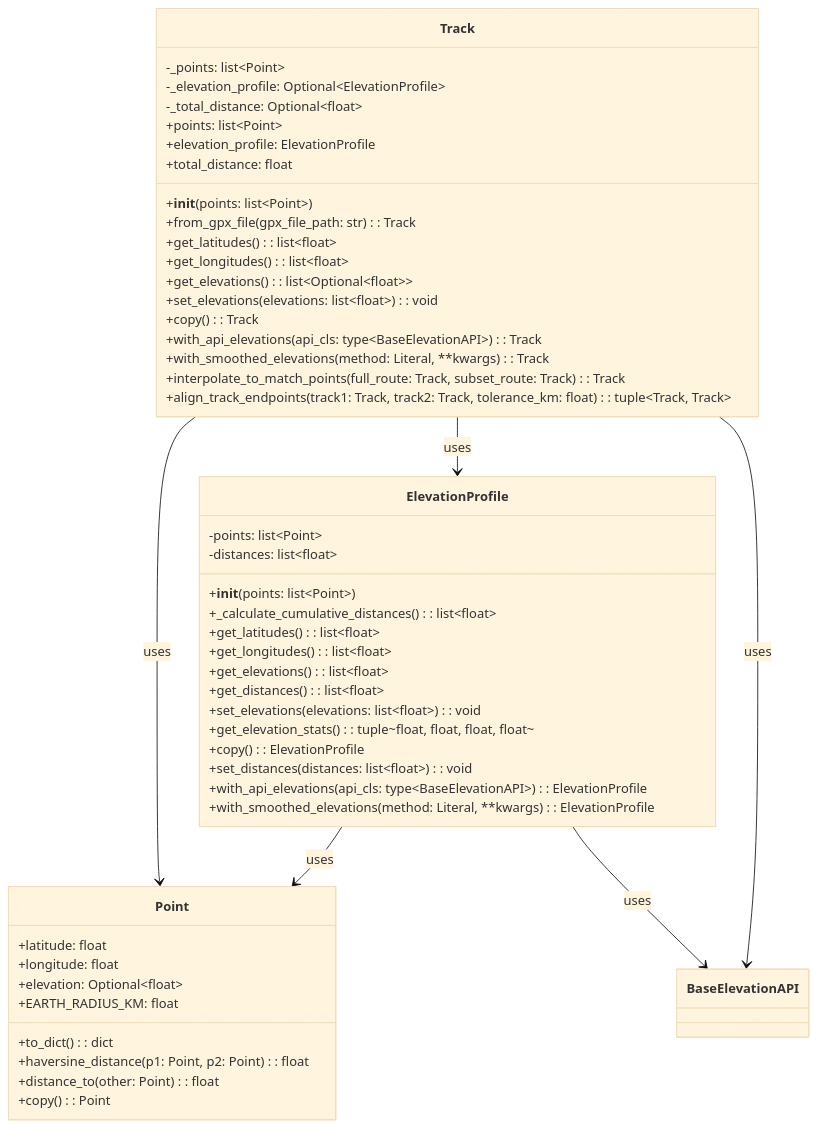
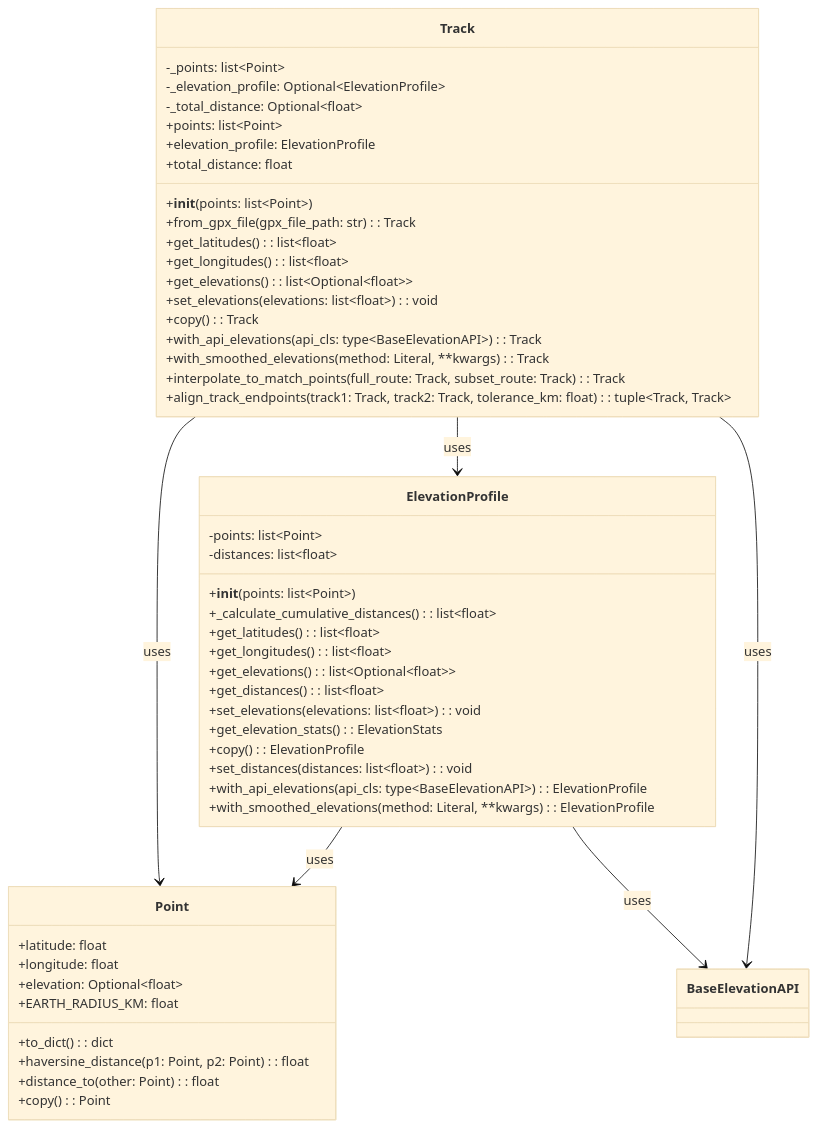
The diagram in docs/models_class_diagram.md (CAIProj/backend), drawn with Mermaid (base theme) before and after one commit. The commit also changed other lines of this file and 2 other files, not shown here.

First line of the commit message:
Minor fixes related to class diagram

````diff
--- a/docs/models_class_diagram.md
+++ b/docs/models_class_diagram.md
@@ -3,56 +3,56 @@
 ```mermaid
 classDiagram
     class Point {
         +latitude: float
         +longitude: float
         +elevation: Optional~float~
         +EARTH_RADIUS_KM: float
         +to_dict(): dict
         +haversine_distance(p1: Point, p2: Point): float
         +distance_to(other: Point): float
         +copy(): Point
     }
 
     class ElevationProfile {
         -points: list~Point~
         -distances: list~float~
         +__init__(points: list~Point~)
         +_calculate_cumulative_distances(): list~float~
         +get_latitudes(): list~float~
         +get_longitudes(): list~float~
-        +get_elevations(): list~float~
+        +get_elevations(): list~Optional~float~~
         +get_distances(): list~float~
         +set_elevations(elevations: list~float~): void
-        +get_elevation_stats(): tuple~float, float, float, float~
+        +get_elevation_stats(): ElevationStats
         +copy(): ElevationProfile
         +set_distances(distances: list~float~): void
         +with_api_elevations(api_cls: type~BaseElevationAPI~): ElevationProfile
         +with_smoothed_elevations(method: Literal, **kwargs): ElevationProfile
     }
 
     class Track {
         -_points: list~Point~
         -_elevation_profile: Optional~ElevationProfile~
         -_total_distance: Optional~float~
         +__init__(points: list~Point~)
         +points: list~Point~
         +elevation_profile: ElevationProfile
         +total_distance: float
         +from_gpx_file(gpx_file_path: str): Track
         +get_latitudes(): list~float~
         +get_longitudes(): list~float~
         +get_elevations(): list~Optional~float~~
         +set_elevations(elevations: list~float~): void
         +copy(): Track
         +with_api_elevations(api_cls: type~BaseElevationAPI~): Track
         +with_smoothed_elevations(method: Literal, **kwargs): Track
         +interpolate_to_match_points(full_route: Track, subset_route: Track): Track
         +align_track_endpoints(track1: Track, track2: Track, tolerance_km: float): tuple~Track, Track~
     }
 
     ElevationProfile --> Point : uses
     ElevationProfile --> BaseElevationAPI : uses
     Track --> Point : uses
     Track --> ElevationProfile : uses
     Track --> BaseElevationAPI : uses
 ```
````
